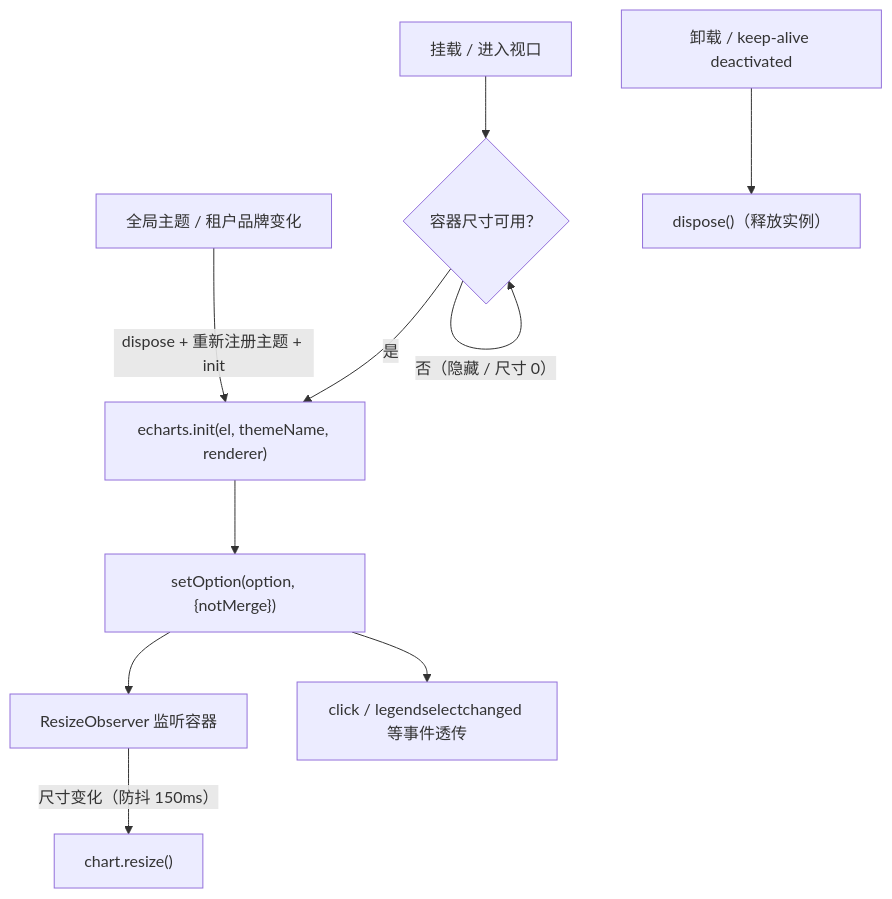
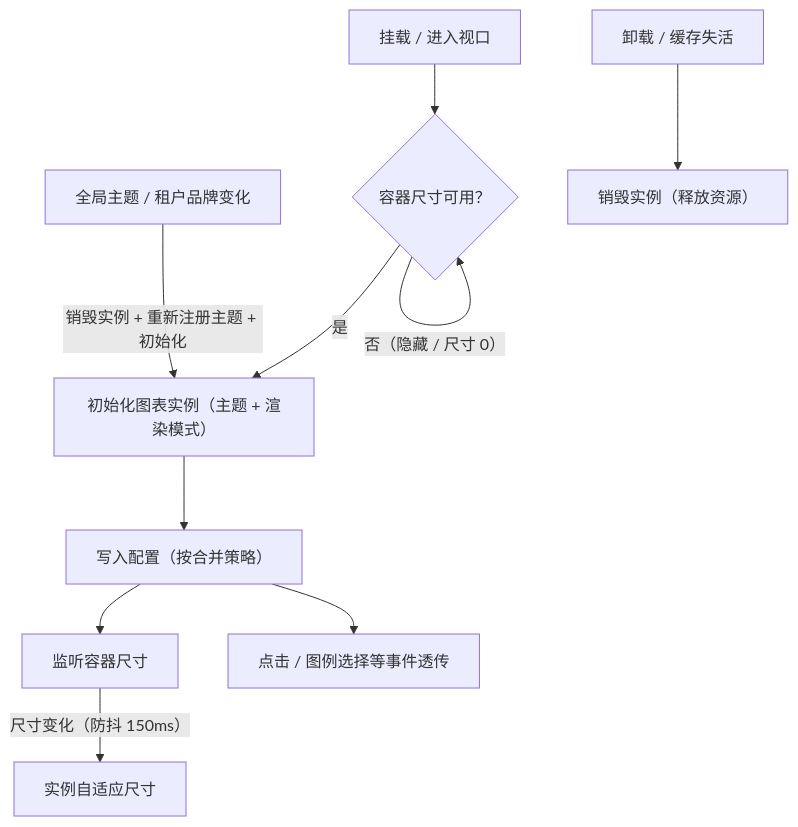
Before and after one commit to minjian123/basic-management-system: the first of 2 diagrams in bms文档/设计/组件设计/07_展示类/04_组件设计_图表卡/04_组件设计_图表卡.md, drawn with Mermaid. The commit also changed other lines of this file and 238 other files, not shown here.

````diff
--- a/bms文档/设计/组件设计/07_展示类/04_组件设计_图表卡/04_组件设计_图表卡.md
+++ b/bms文档/设计/组件设计/07_展示类/04_组件设计_图表卡/04_组件设计_图表卡.md
@@ -88,12 +80,12 @@
 ```mermaid
 flowchart TD
     A["挂载 / 进入视口"] --> B{"容器尺寸可用？"}
     B -->|"否（隐藏 / 尺寸 0）"| B
-    B -->|"是"| C["echarts.init(el, themeName, renderer)"]
-    C --> D["setOption(option, {notMerge})"]
-    D --> E["ResizeObserver 监听容器"]
-    E -->|"尺寸变化（防抖 150ms）"| F["chart.resize()"]
-    G["全局主题 / 租户品牌变化"] -->|"dispose + 重新注册主题 + init"| C
-    H["卸载 / keep-alive deactivated"] --> I["dispose()（释放实例）"]
-    D --> J["click / legendselectchanged 等事件透传"]
+    B -->|"是"| C["初始化图表实例（主题 + 渲染模式）"]
+    C --> D["写入配置（按合并策略）"]
+    D --> E["监听容器尺寸"]
+    E -->|"尺寸变化（防抖 150ms）"| F["实例自适应尺寸"]
+    G["全局主题 / 租户品牌变化"] -->|"销毁实例 + 重新注册主题 + 初始化"| C
+    H["卸载 / 缓存失活"] --> I["销毁实例（释放资源）"]
+    D --> J["点击 / 图例选择等事件透传"]
 ```
````
